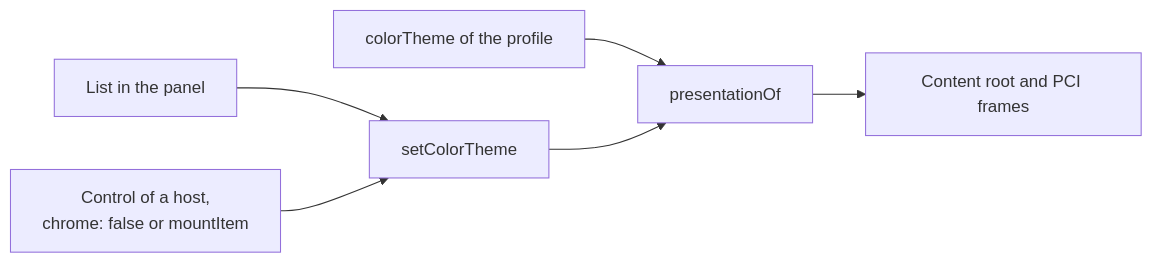
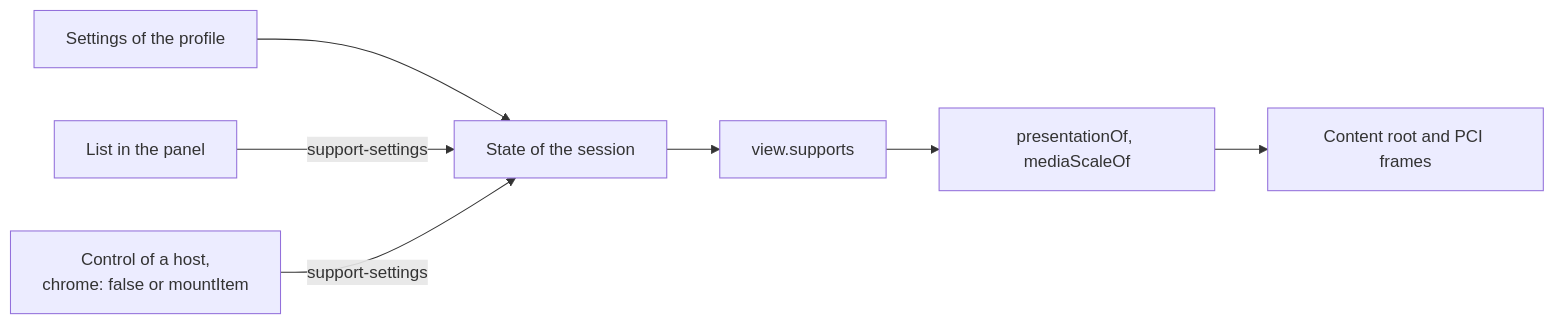
The second of 2 diagrams in docs/player/supports.md (assesskit/assesskit), drawn with Mermaid before and after one commit. The commit also changed other lines of this file and 50 other files, not shown here.

First line of the commit message:
Let the candidate change the settings of a support during the session with a support-settings action that the state keeps, and give the panel a list of the amount of magnification up to 400 percent beside the list of color themes

````diff
--- a/docs/player/supports.md
+++ b/docs/player/supports.md
@@ -145,8 +152,9 @@
 ```mermaid
 flowchart LR
-  profile["colorTheme of the profile"] --> look["presentationOf"]
-  list["List in the panel"] --> set["setColorTheme"]
-  host["Control of a host,<br/>chrome: false or mountItem"] --> set
-  set --> look
+  profile["Settings of the profile"] --> state["State of the session"]
+  list["List in the panel"] -- "support-settings" --> state
+  host["Control of a host,<br/>chrome: false or mountItem"] -- "support-settings" --> state
+  state --> view["view.supports"]
+  view --> look["presentationOf, mediaScaleOf"]
   look --> root["Content root and PCI frames"]
 ```
````
